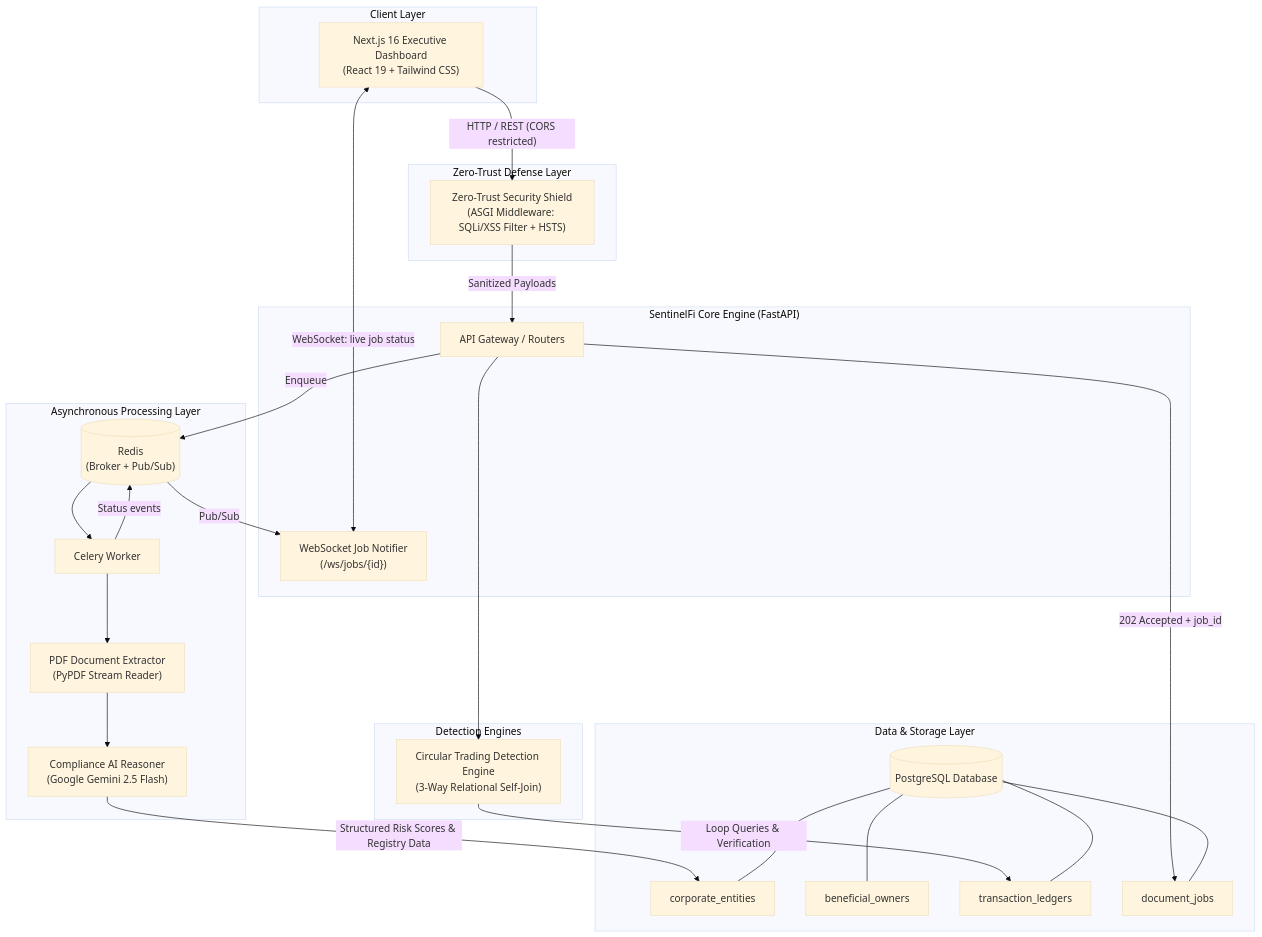
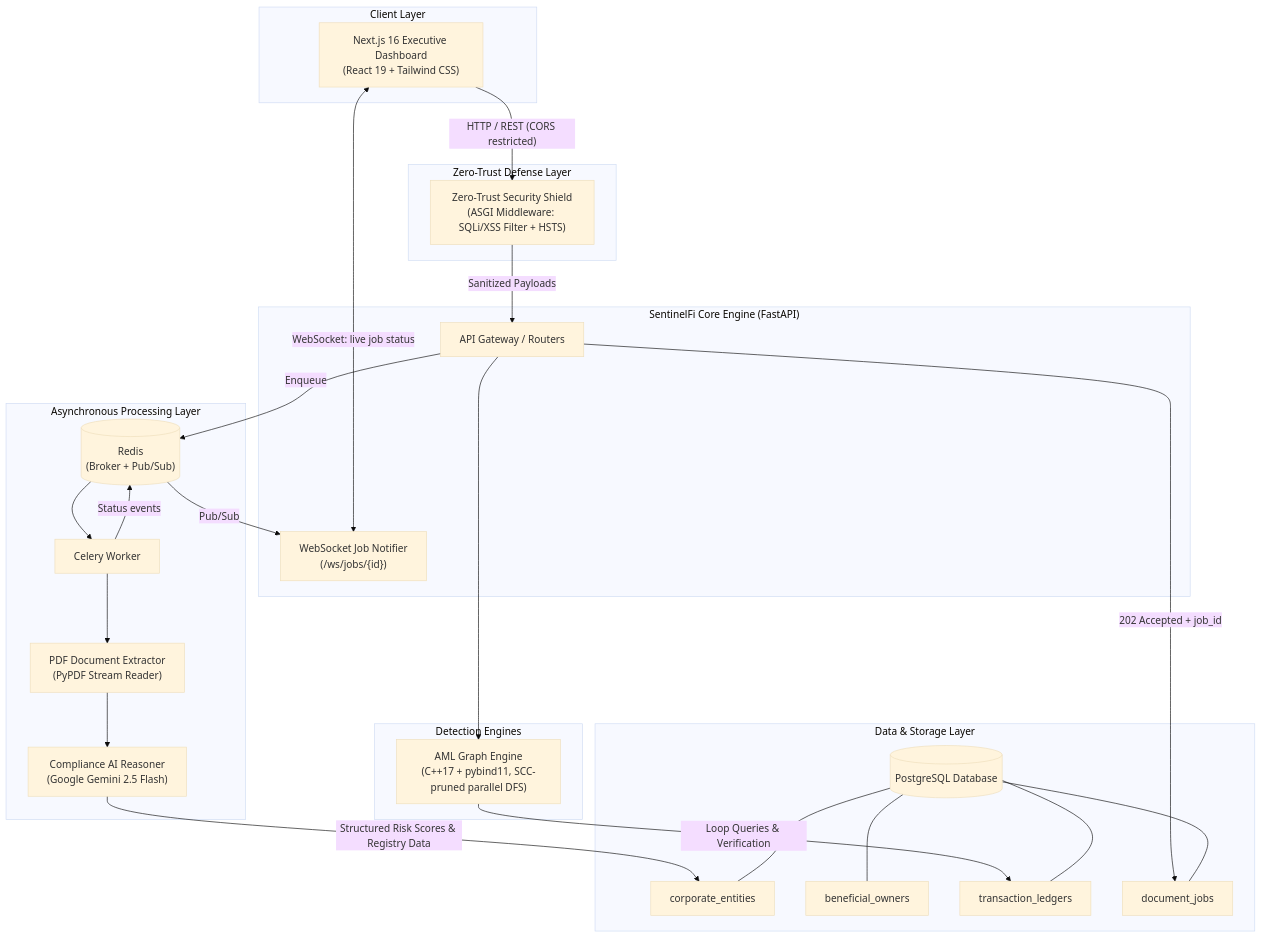
Before and after one commit to RonithJSalian18/SentinelFi: the diagram in README.md, drawn with Mermaid (base theme). The commit also changed other lines of this file and 14 other files, not shown here.

Commit message:
feat: high-performance C++ AML graph engine with pybind11 bindings

````diff
--- a/README.md
+++ b/README.md
@@ -33,52 +34,52 @@
 ```mermaid
 flowchart TD
     subgraph Client ["Client Layer"]
         UI["Next.js 16 Executive Dashboard\n(React 19 + Tailwind CSS)"]
     end
 
     subgraph Security ["Zero-Trust Defense Layer"]
         Shield["Zero-Trust Security Shield\n(ASGI Middleware: SQLi/XSS Filter + HSTS)"]
     end
 
     subgraph Backend ["SentinelFi Core Engine (FastAPI)"]
         Router["API Gateway / Routers"]
         WS["WebSocket Job Notifier\n(/ws/jobs/{id})"]
     end
 
     subgraph Async ["Asynchronous Processing Layer"]
         Redis[("Redis\n(Broker + Pub/Sub)")]
         Worker["Celery Worker"]
         PDFParser["PDF Document Extractor\n(PyPDF Stream Reader)"]
         AIEngine["Compliance AI Reasoner\n(Google Gemini 2.5 Flash)"]
     end
 
     subgraph Engines ["Detection Engines"]
-        AMLEngine["Circular Trading Detection Engine\n(3-Way Relational Self-Join)"]
+        AMLEngine["AML Graph Engine\n(C++17 + pybind11, SCC-pruned parallel DFS)"]
     end
 
     subgraph Data ["Data & Storage Layer"]
         Postgres[(PostgreSQL Database)]
         Entities["corporate_entities"]
         Owners["beneficial_owners"]
         Ledgers["transaction_ledgers"]
         Jobs["document_jobs"]
     end
 
     UI -->|"HTTP / REST (CORS restricted)"| Shield
     UI <-->|"WebSocket: live job status"| WS
     Shield -->|"Sanitized Payloads"| Router
     Router -->|"202 Accepted + job_id"| Jobs
     Router -->|"Enqueue"| Redis
     Redis --> Worker
     Worker --> PDFParser
     PDFParser --> AIEngine
     AIEngine -->|"Structured Risk Scores & Registry Data"| Entities
     Worker -->|"Status events"| Redis
     Redis -->|"Pub/Sub"| WS
     Router --> AMLEngine
     AMLEngine -->|"Loop Queries & Verification"| Ledgers
     Postgres --- Entities
     Postgres --- Owners
     Postgres --- Ledgers
     Postgres --- Jobs
 ```
````
